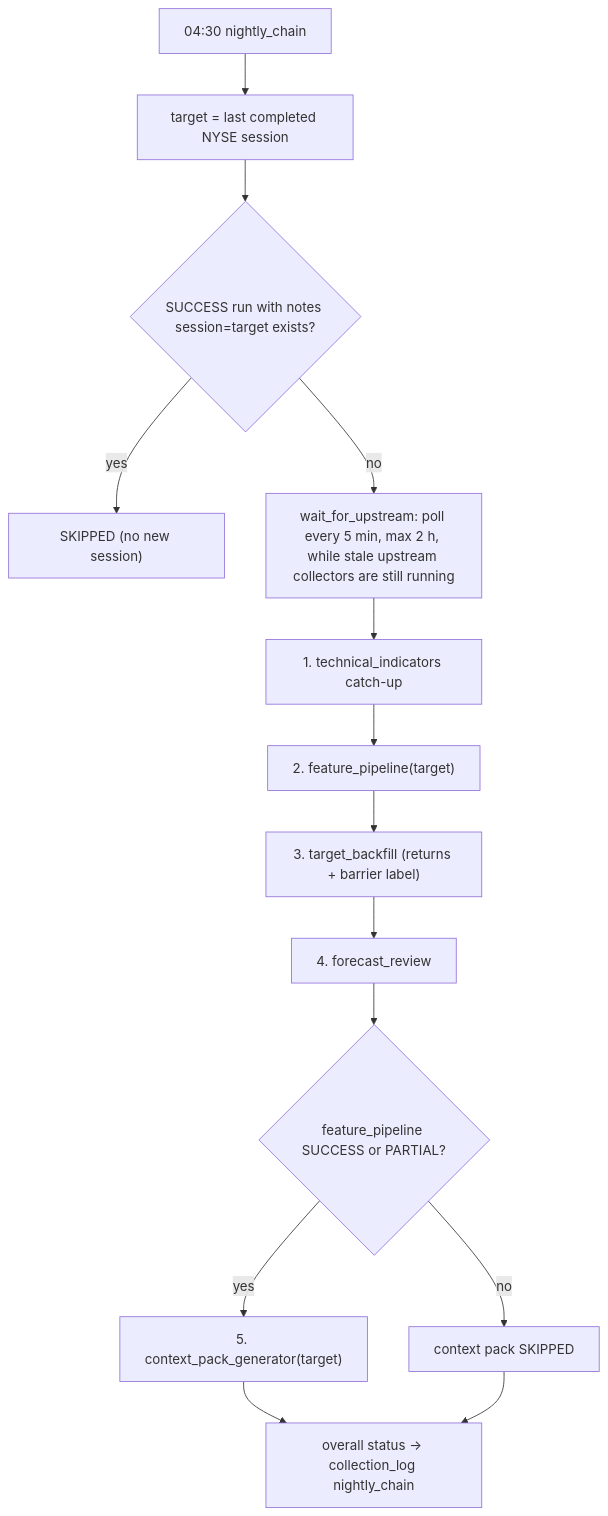
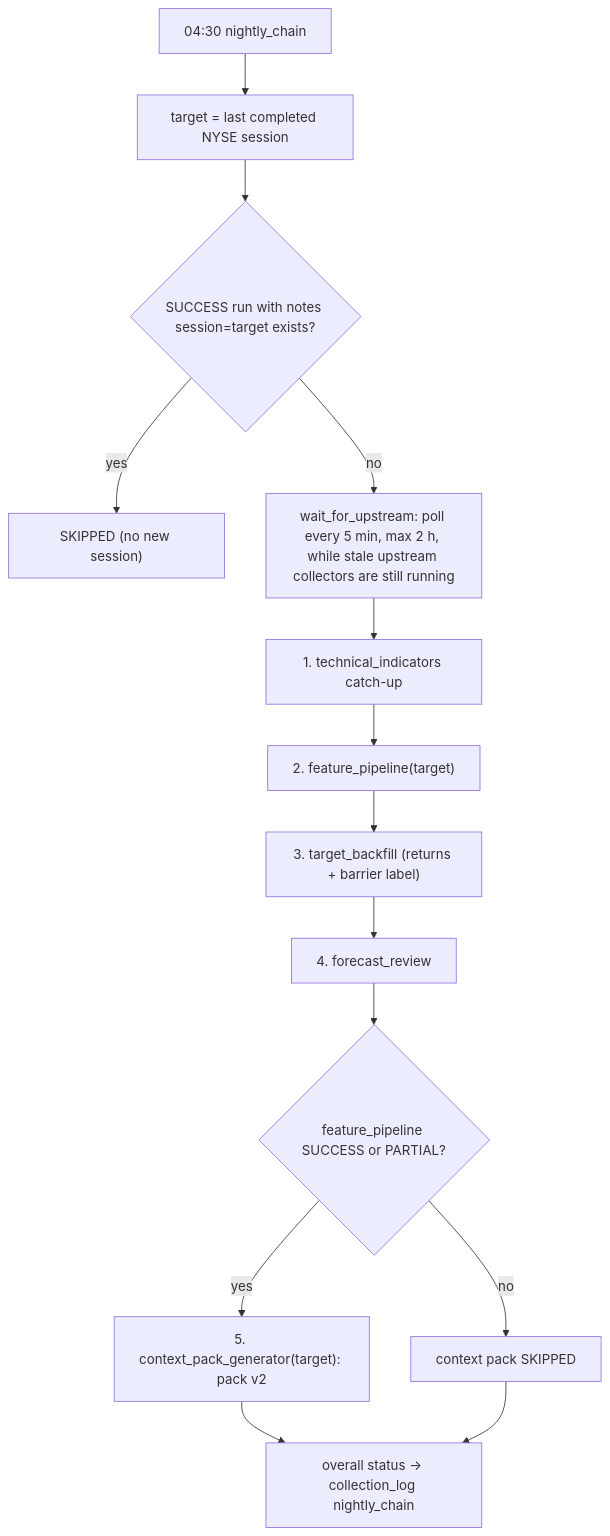
The second of 2 diagrams in docs/ARCHITECTURE.md (sebastianganser/Alpaca-Broker), drawn with Mermaid before and after one commit. The commit also changed other lines of this file and 61 other files, not shown here.

First line of the commit message:
feat(context-pack): context pack v2 for strategy-neutral forecasts, forecast sealing (plan step 3)

````diff
--- a/docs/ARCHITECTURE.md
+++ b/docs/ARCHITECTURE.md
@@ -271,16 +274,16 @@
 ```mermaid
 flowchart TD
     A["04:30 nightly_chain"] --> B["target = last completed NYSE session"]
     B --> C{"SUCCESS run with notes session=target exists?"}
     C -- yes --> Z["SKIPPED (no new session)"]
     C -- no --> D["wait_for_upstream: poll every 5 min, max 2 h, while stale upstream collectors are still running"]
     D --> E["1. technical_indicators catch-up"]
     E --> F["2. feature_pipeline(target)"]
     F --> G["3. target_backfill (returns + barrier label)"]
     G --> H["4. forecast_review"]
     H --> I{"feature_pipeline SUCCESS or PARTIAL?"}
-    I -- yes --> J["5. context_pack_generator(target)"]
+    I -- yes --> J["5. context_pack_generator(target): pack v2"]
     I -- no --> K["context pack SKIPPED"]
     J --> L["overall status → collection_log nightly_chain"]
     K --> L
 ```
````
